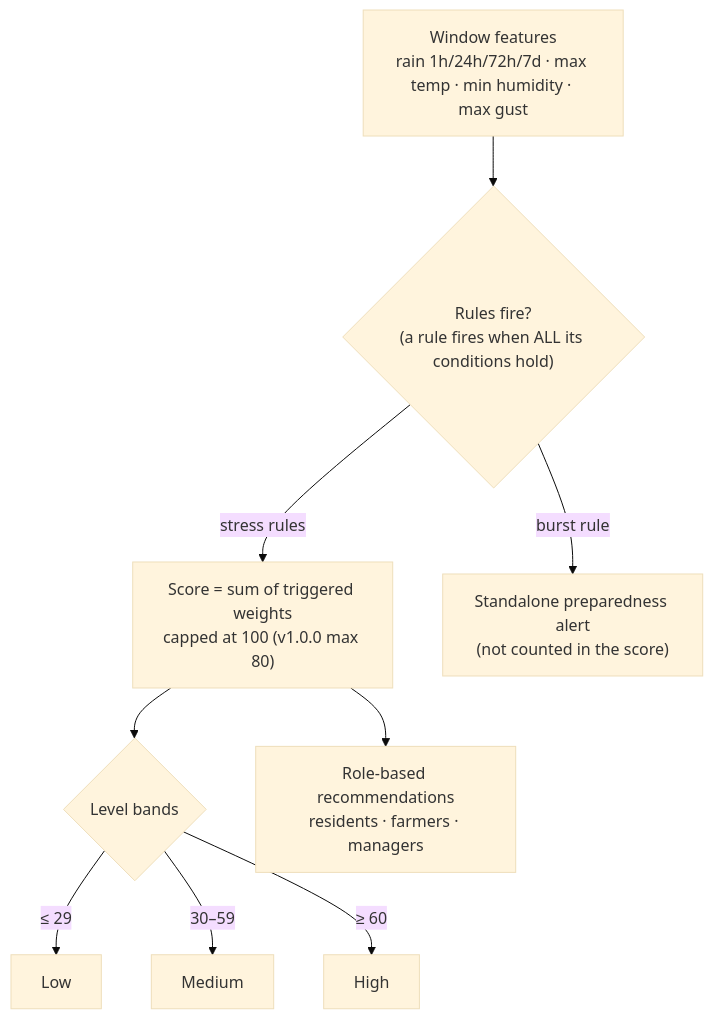
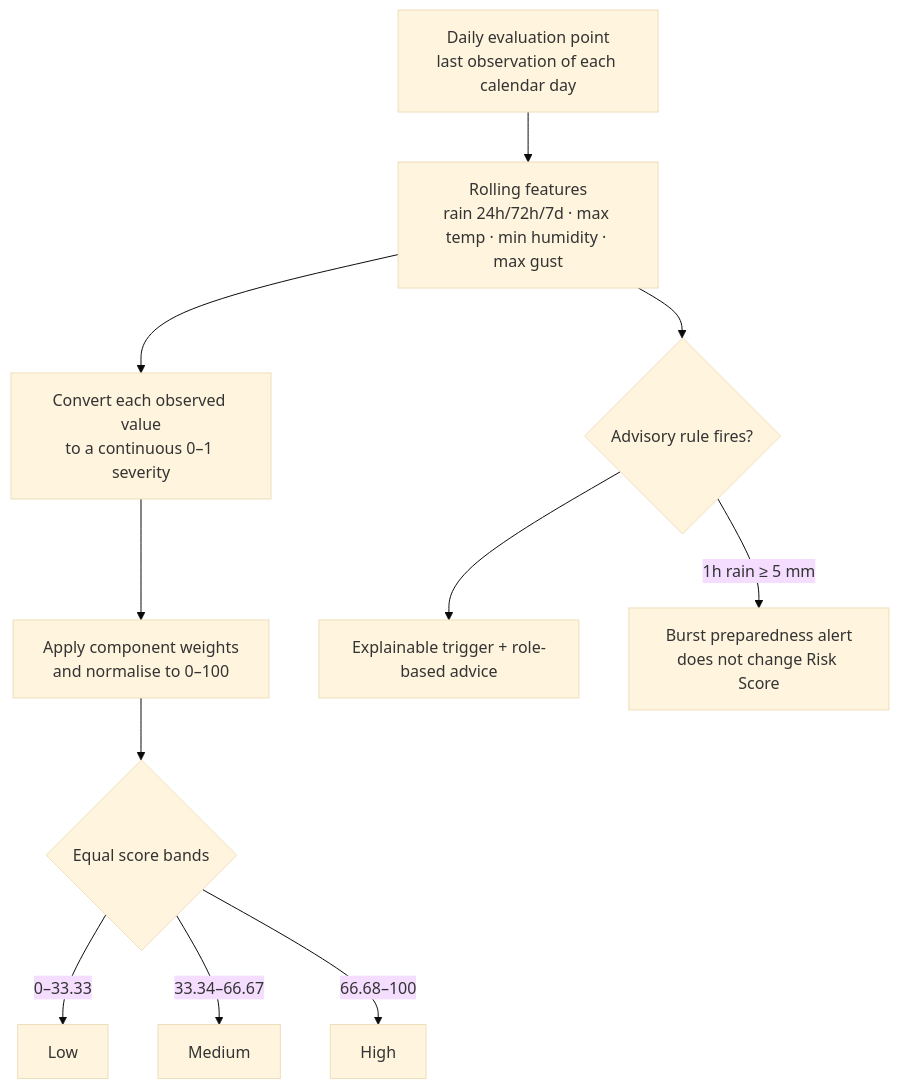
Before and after one commit to Tarnished488/WeatherHack: the first of 2 diagrams in README.md, drawn with Mermaid (base theme). The commit also changed other lines of this file, not shown here.

````diff
--- a/README.md
+++ b/README.md
@@ -40,11 +55,13 @@
 ```mermaid
 flowchart TD
-    A["Window features<br/>rain 1h/24h/72h/7d · max temp · min humidity · max gust"] --> B{"Rules fire?<br/>(a rule fires when ALL its conditions hold)"}
-    B -->|"stress rules"| C["Score = sum of triggered weights<br/>capped at 100 (v1.0.0 max 80)"]
-    B -->|"burst rule"| D["Standalone preparedness alert<br/>(not counted in the score)"]
-    C --> E{"Level bands"}
-    E -->|"≤ 29"| F["Low"]
-    E -->|"30–59"| G["Medium"]
-    E -->|"≥ 60"| H["High"]
-    C --> I["Role-based recommendations<br/>residents · farmers · managers"]
+    A["Daily evaluation point<br/>last observation of each calendar day"] --> B["Rolling features<br/>rain 24h/72h/7d · max temp · min humidity · max gust"]
+    B --> C["Convert each observed value<br/>to a continuous 0–1 severity"]
+    C --> D["Apply component weights<br/>and normalise to 0–100"]
+    D --> E{"Equal score bands"}
+    E -->|"0–33.33"| F["Low"]
+    E -->|"33.34–66.67"| G["Medium"]
+    E -->|"66.68–100"| H["High"]
+    B --> I{"Advisory rule fires?"}
+    I --> J["Explainable trigger + role-based advice"]
+    I -->|"1h rain ≥ 5 mm"| K["Burst preparedness alert<br/>does not change Risk Score"]
 ```
````
